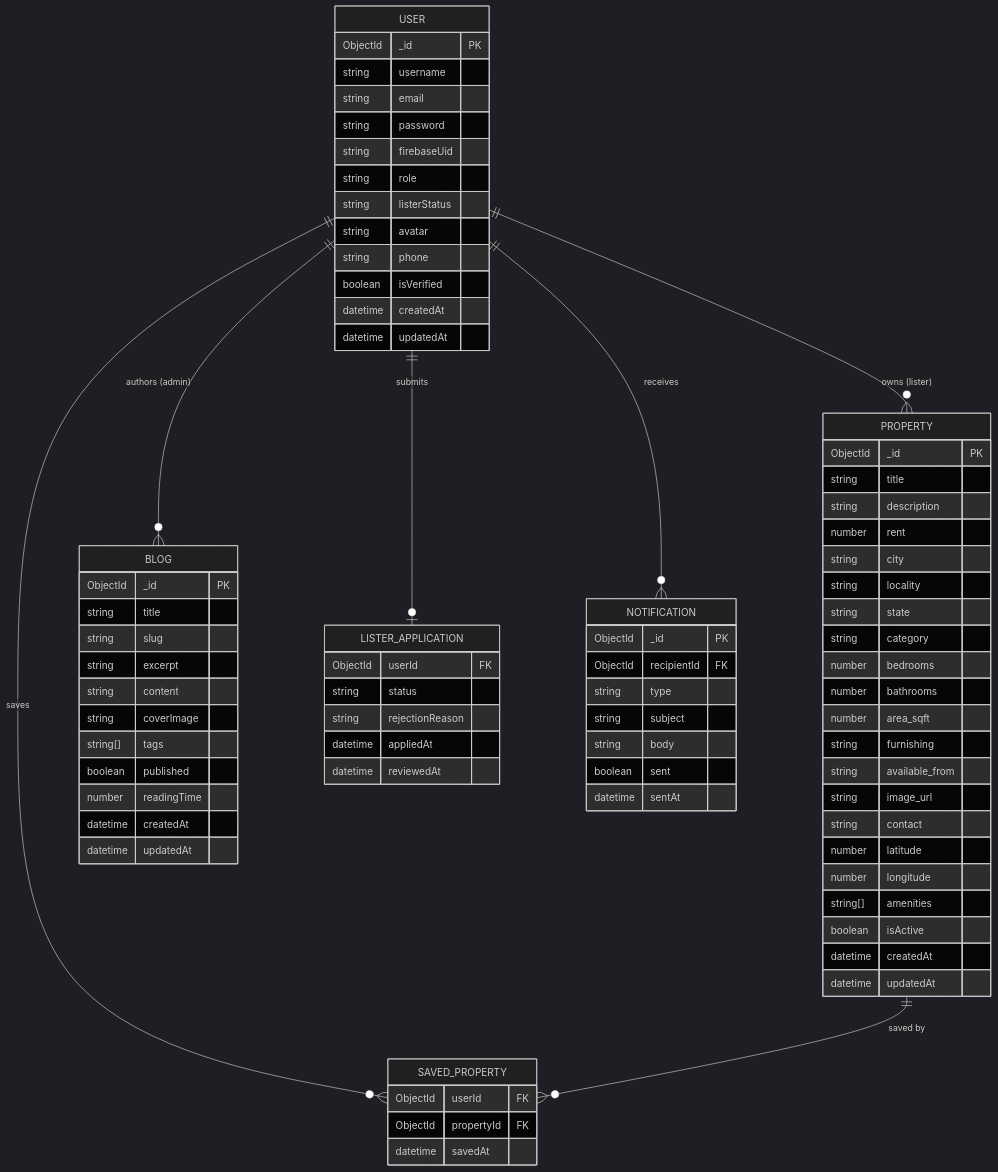
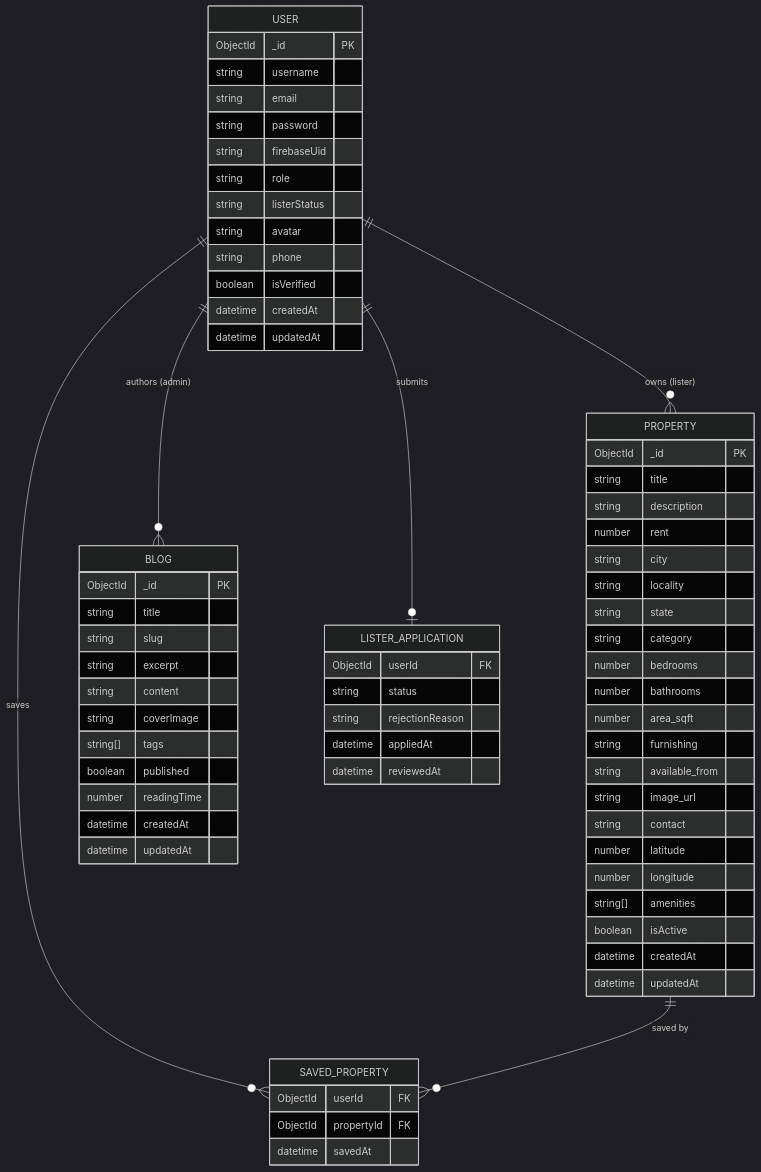
The diagram in diagrams/ERD.md (soumyatiw/rentlee_system_design), drawn with Mermaid (dark theme) before and after one commit. The commit also changed 1 other file, not shown here.

Commit message:
ERD Updated

````diff
--- a/diagrams/ERD.md
+++ b/diagrams/ERD.md
@@ -67,20 +67,11 @@
         datetime reviewedAt
     }
 
-    NOTIFICATION {
-        ObjectId _id PK
-        ObjectId recipientId FK
-        string type
-        string subject
-        string body
-        boolean sent
-        datetime sentAt
-    }
 
     USER ||--o{ PROPERTY : "owns (lister)"
     USER ||--o{ BLOG : "authors (admin)"
     USER ||--o{ SAVED_PROPERTY : "saves"
     PROPERTY ||--o{ SAVED_PROPERTY : "saved by"
     USER ||--o| LISTER_APPLICATION : "submits"
-    USER ||--o{ NOTIFICATION : "receives"
+
 ```
````
